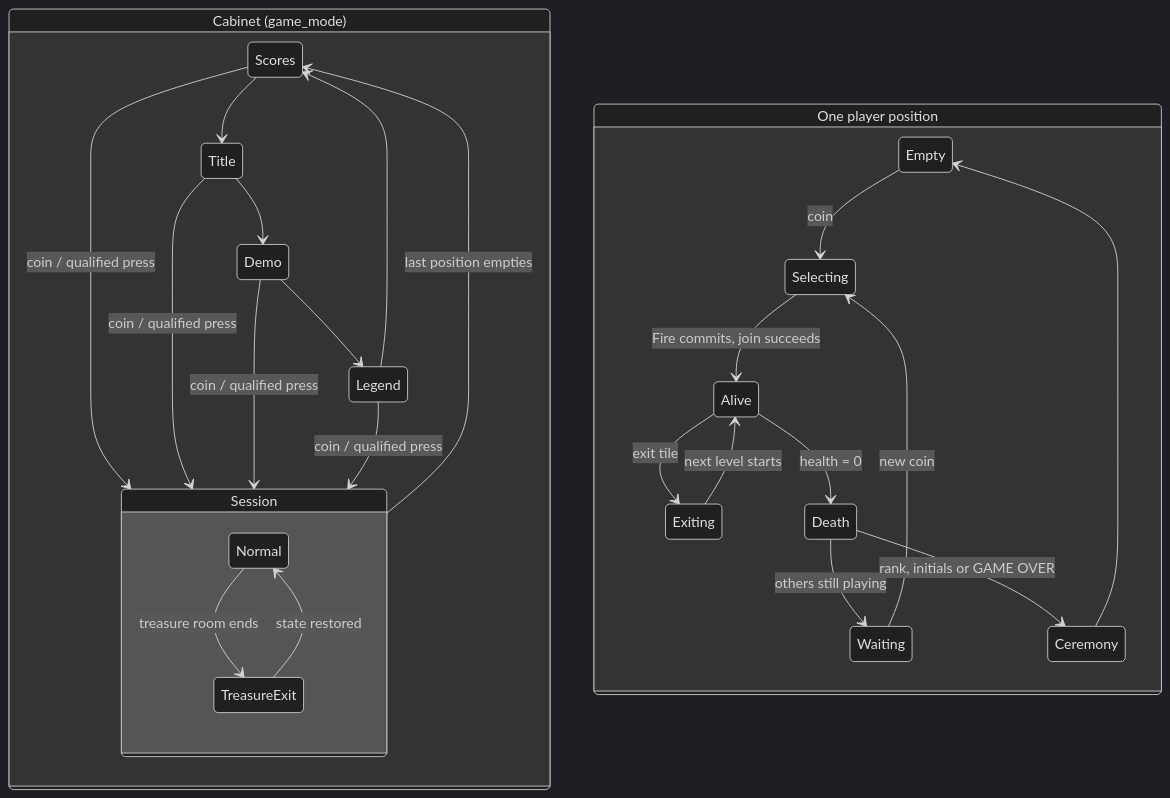
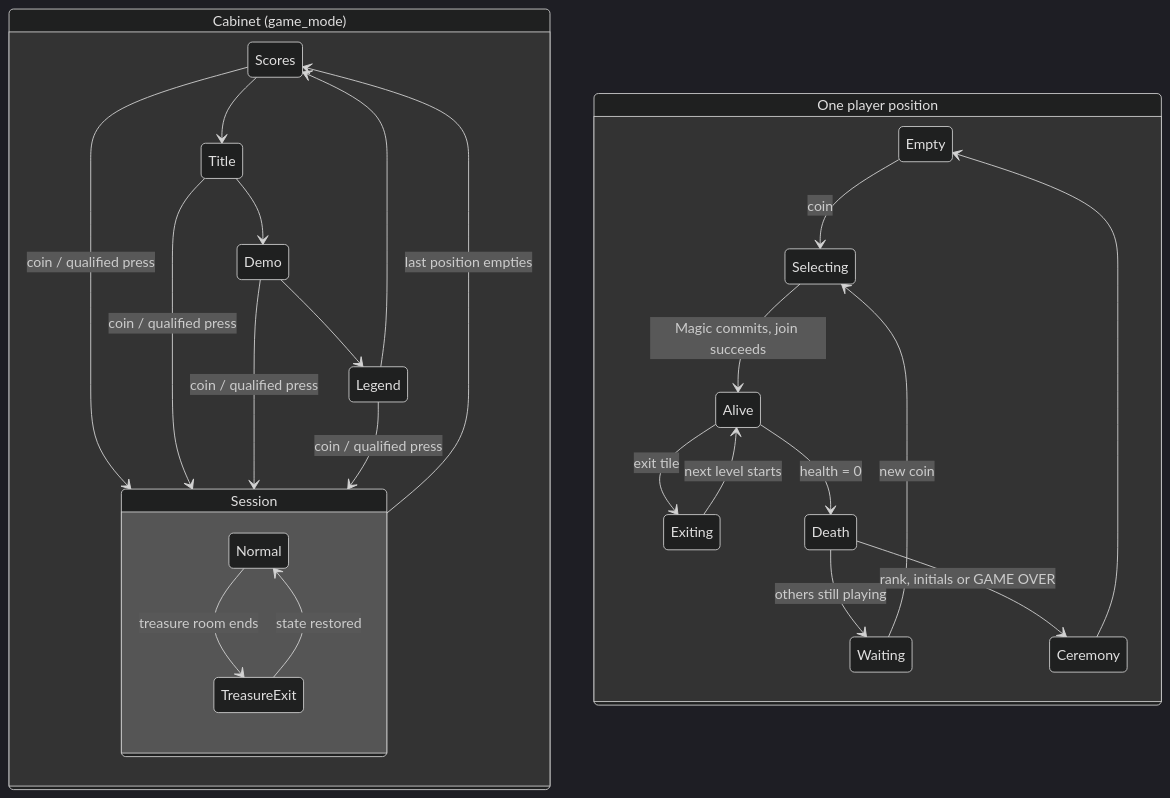
The diagram in book/07_session_lifecycle.md (alinsavix/gauntlet-gamerom-ai-reveng), drawn with Mermaid (dark theme) before and after one commit. The commit also changed other lines of this file and 79 other files, not shown here.

````diff
--- a/book/07_session_lifecycle.md
+++ b/book/07_session_lifecycle.md
@@ -206,29 +207,29 @@
 ```mermaid
 stateDiagram-v2
     state "Cabinet (game_mode)" as cab {
         Scores --> Title
         Title --> Demo
         Demo --> Legend
         Legend --> Scores
         Scores --> Session : coin / qualified press
         Title --> Session : coin / qualified press
         Demo --> Session : coin / qualified press
         Legend --> Session : coin / qualified press
         state "Session" as Session {
             Normal --> TreasureExit : treasure room ends
             TreasureExit --> Normal : state restored
         }
         Session --> Scores : last position empties
     }
     state "One player position" as pl {
         Empty --> Selecting : coin
-        Selecting --> Alive : Fire commits, join succeeds
+        Selecting --> Alive : Magic commits, join succeeds
         Alive --> Exiting : exit tile
         Exiting --> Alive : next level starts
         Alive --> Death : health = 0
         Death --> Waiting : others still playing
         Waiting --> Selecting : new coin
         Death --> Ceremony : rank, initials or GAME OVER
         Ceremony --> Empty
     }
 ```
````
